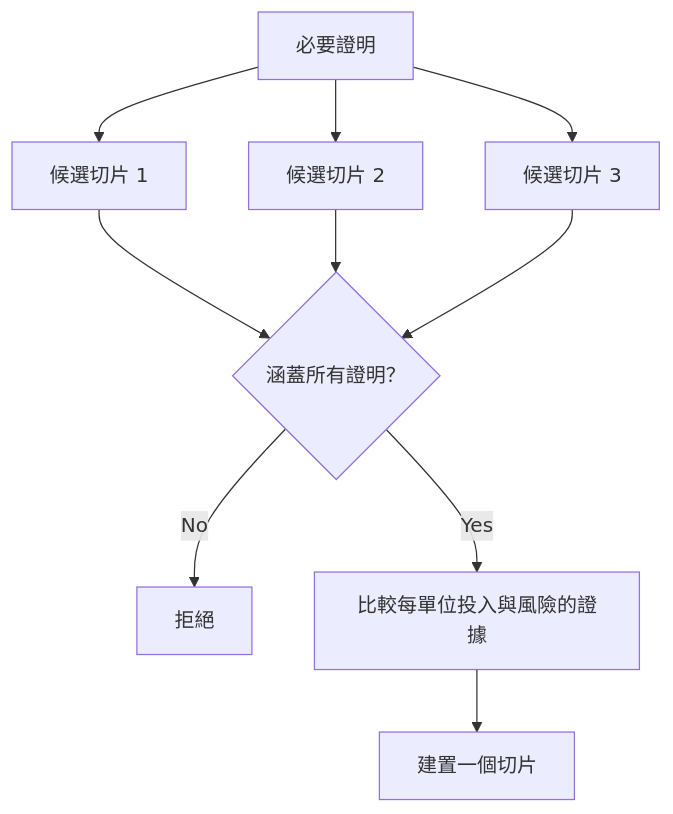
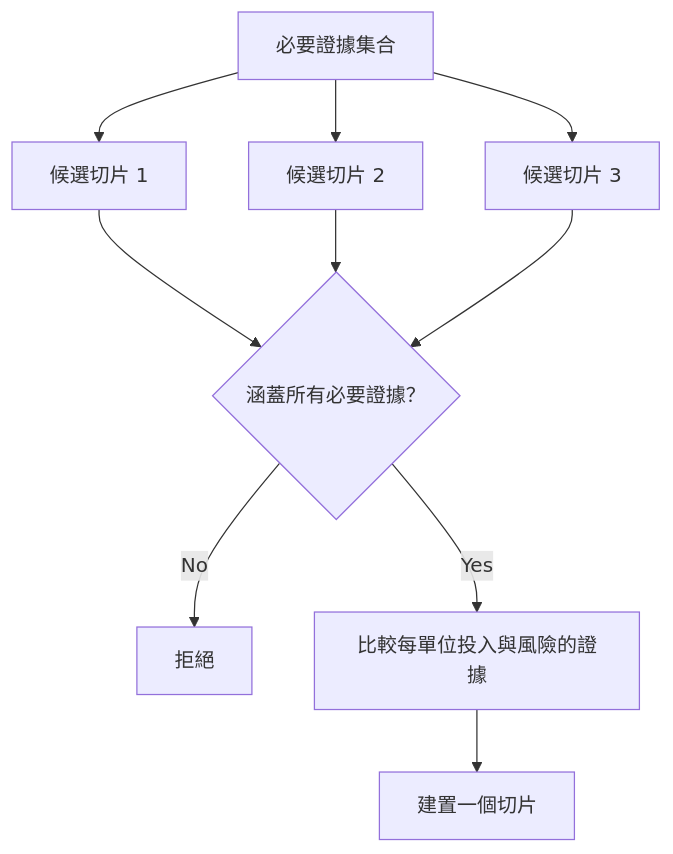
One commit to edward821220/ai-engineering-from-scratch changed the diagram in i18n/zh-TW/phases/14-agent-engineering/50-choose-the-smallest-testable-slice/docs/zh-TW.md. Above: the diagram before and after it, drawn with Mermaid. The commit also changed other lines of this file and 141 other files, not shown here.

````diff
--- a/i18n/zh-TW/phases/14-agent-engineering/50-choose-the-smallest-testable-slice/docs/zh-TW.md
+++ b/i18n/zh-TW/phases/14-agent-engineering/50-choose-the-smallest-testable-slice/docs/zh-TW.md
@@ -43,12 +43,12 @@
 ```mermaid
 flowchart TD
-  R[必要證明] --> C1[候選切片 1]
+  R[必要證據集合] --> C1[候選切片 1]
   R --> C2[候選切片 2]
   R --> C3[候選切片 3]
-  C1 --> G{涵蓋所有證明？}
+  C1 --> G{涵蓋所有必要證據？}
   C2 --> G
   C3 --> G
   G -->|No| X[拒絕]
   G -->|Yes| S[比較每單位投入與風險的證據]
   S --> B[建置一個切片]
 ```
````
